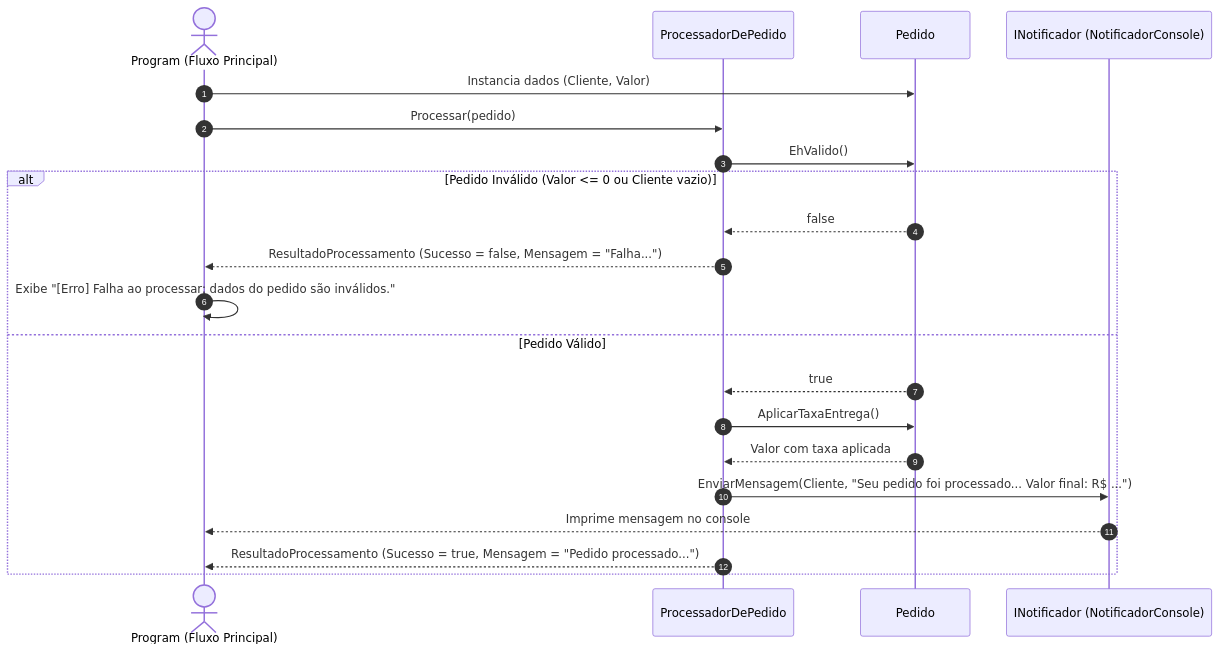
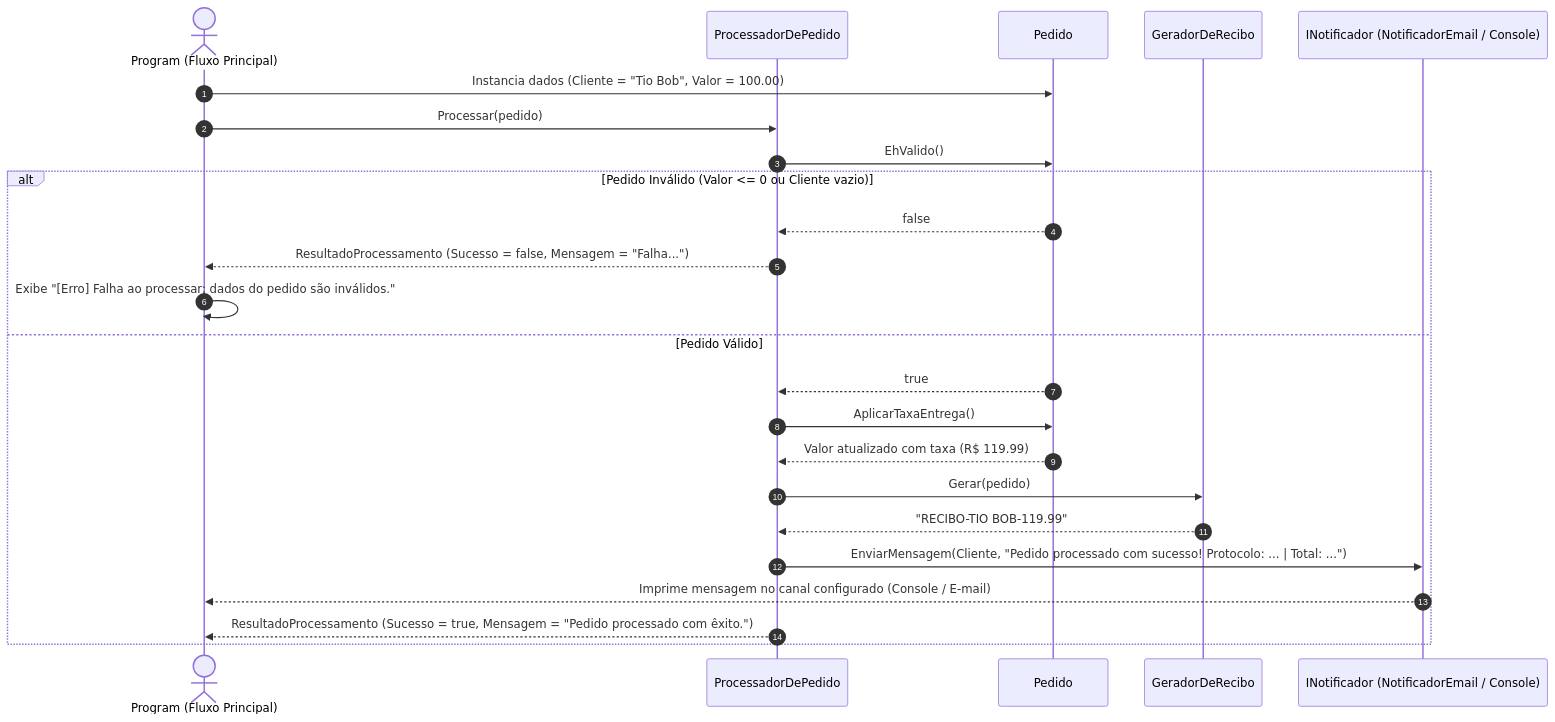
Before and after one commit to LeomarAlves/SeminarioSolid: the second of 2 diagrams in README.MD, drawn with Mermaid. The commit also changed other lines of this file, not shown here.

````diff
--- a/README.MD
+++ b/README.MD
@@ -71,24 +88,27 @@
 ```mermaid
 sequenceDiagram
     autonumber
     actor Main as Program (Fluxo Principal)
     participant Processador as ProcessadorDePedido
     participant Pedido as Pedido
-    participant Notificador as INotificador (NotificadorConsole)
+    participant Gerador as GeradorDeRecibo
+    participant Notificador as INotificador (NotificadorEmail / Console)
 
-    Main->>Pedido: Instancia dados (Cliente, Valor)
+    Main->>Pedido: Instancia dados (Cliente = "Tio Bob", Valor = 100.00)
     Main->>Processador: Processar(pedido)
     Processador->>Pedido: EhValido()
     alt Pedido Inválido (Valor <= 0 ou Cliente vazio)
         Pedido-->>Processador: false
         Processador-->>Main: ResultadoProcessamento (Sucesso = false, Mensagem = "Falha...")
         Main->>Main: Exibe "[Erro] Falha ao processar: dados do pedido são inválidos."
     else Pedido Válido
         Pedido-->>Processador: true
         Processador->>Pedido: AplicarTaxaEntrega()
-        Pedido-->>Processador: Valor com taxa aplicada
-        Processador->>Notificador: EnviarMensagem(Cliente, "Seu pedido foi processado... Valor final: R$ ...")
-        Notificador-->>Main: Imprime mensagem no console
-        Processador-->>Main: ResultadoProcessamento (Sucesso = true, Mensagem = "Pedido processado...")
+        Pedido-->>Processador: Valor atualizado com taxa (R$ 119.99)
+        Processador->>Gerador: Gerar(pedido)
+        Gerador-->>Processador: "RECIBO-TIO BOB-119.99"
+        Processador->>Notificador: EnviarMensagem(Cliente, "Pedido processado com sucesso! Protocolo: ... | Total: ...")
+        Notificador-->>Main: Imprime mensagem no canal configurado (Console / E-mail)
+        Processador-->>Main: ResultadoProcessamento (Sucesso = true, Mensagem = "Pedido processado com êxito.")
     end
 ```
````
